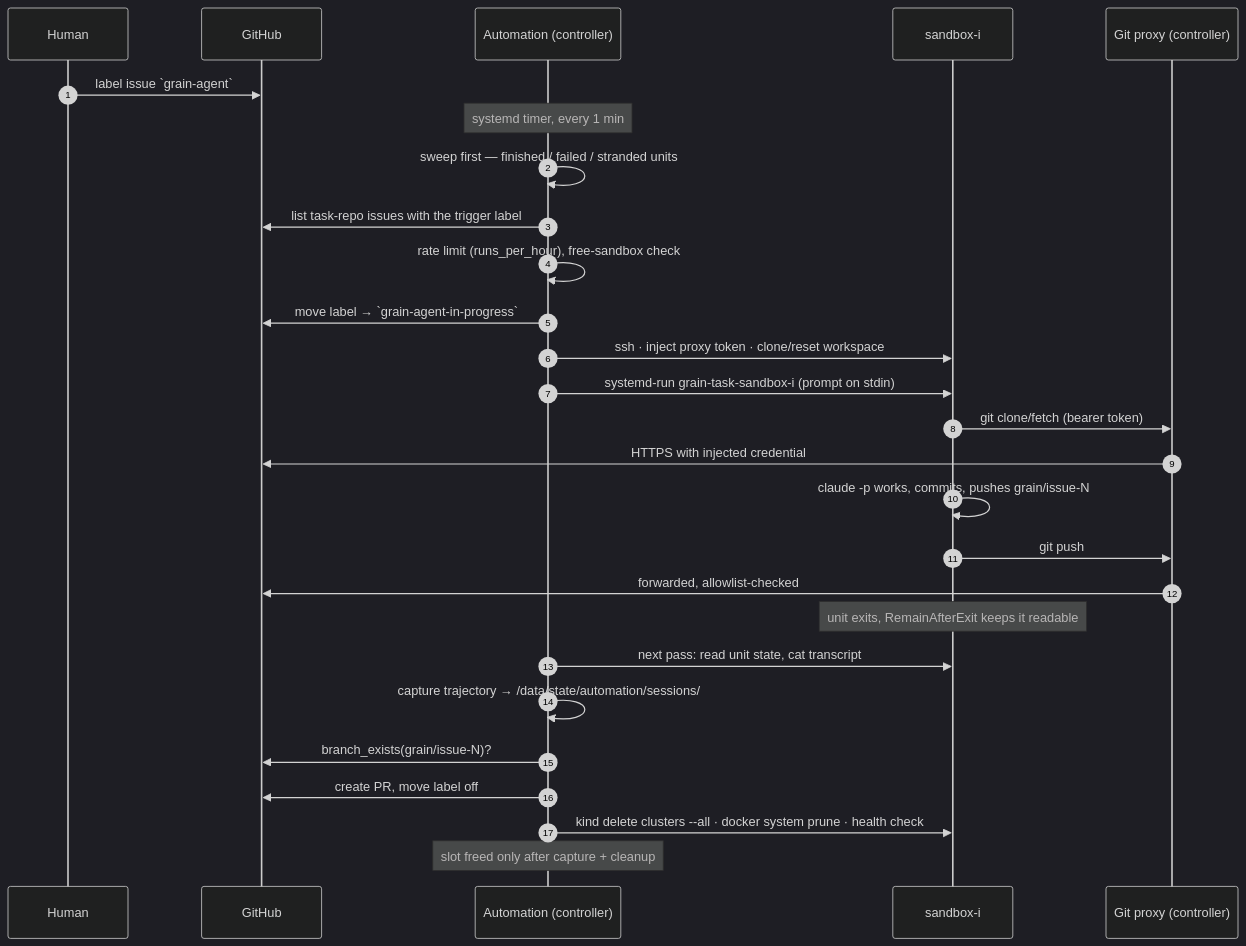
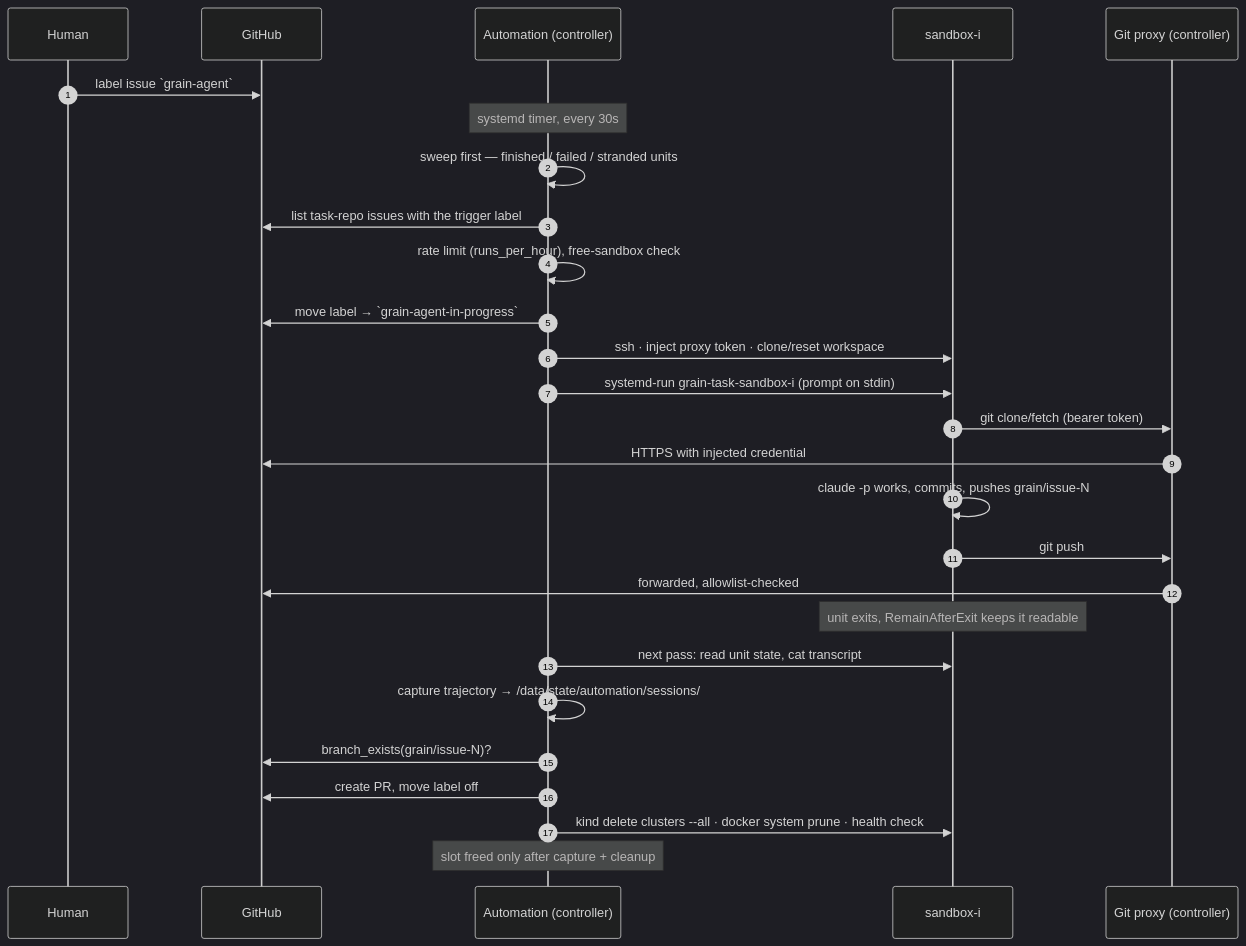
The fifth of 5 diagrams in docs/system-diagram.md (bwsalmon/grain), drawn with Mermaid (dark theme) before and after one commit. The commit also changed other lines of this file and 3 other files, not shown here.

````diff
--- a/docs/system-diagram.md
+++ b/docs/system-diagram.md
@@ -323,30 +323,30 @@
 ```mermaid
 sequenceDiagram
     autonumber
     participant H as Human
     participant GH as GitHub
     participant A as Automation (controller)
     participant S as sandbox-i
     participant P as Git proxy (controller)
 
     H->>GH: label issue `grain-agent`
-    Note over A: systemd timer, every 1 min
+    Note over A: systemd timer, every 30s
     A->>A: sweep first — finished / failed / stranded units
     A->>GH: list task-repo issues with the trigger label
     A->>A: rate limit (runs_per_hour), free-sandbox check
     A->>GH: move label → `grain-agent-in-progress`
     A->>S: ssh · inject proxy token · clone/reset workspace
     A->>S: systemd-run grain-task-sandbox-i (prompt on stdin)
     S->>P: git clone/fetch (bearer token)
     P->>GH: HTTPS with injected credential
     S->>S: claude -p works, commits, pushes grain/issue-N
     S->>P: git push
     P->>GH: forwarded, allowlist-checked
     Note over S: unit exits, RemainAfterExit keeps it readable
     A->>S: next pass: read unit state, cat transcript
     A->>A: capture trajectory → /data/state/automation/sessions/
     A->>GH: branch_exists(grain/issue-N)?
     A->>GH: create PR, move label off
     A->>S: kind delete clusters --all · docker system prune · health check
     Note over A: slot freed only after capture + cleanup
 ```
````
